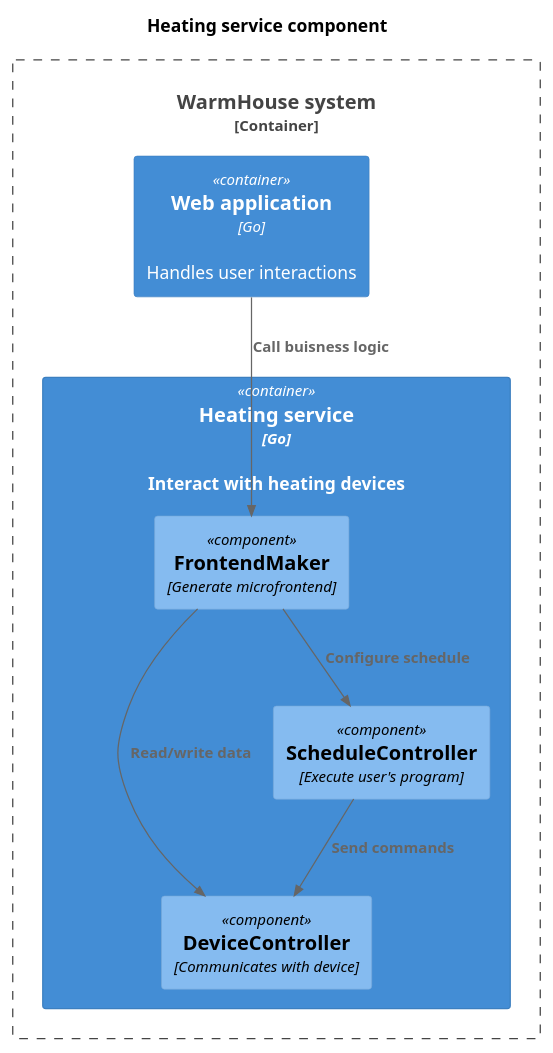
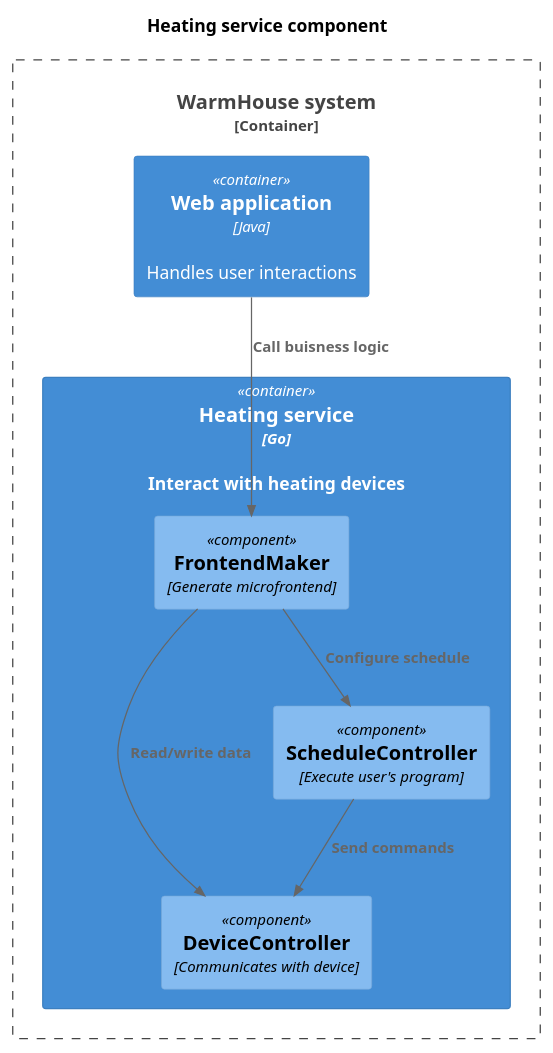
The diagram in diagrams/component/c4_heating_service.puml (mikhel1984/architecture-warmhouse), drawn with PlantUML before and after one commit. The commit also changed 6 other files, not shown here.

Commit message:
Update schemas

```diff
--- a/diagrams/component/c4_heating_service.puml
+++ b/diagrams/component/c4_heating_service.puml
@@ -1,25 +1,25 @@
 @startuml WarmHouse_component_heating
 
 title Heating service component
 
 top to bottom direction
 
 !includeurl https://raw.githubusercontent.com/RicardoNiepel/C4-PlantUML/master/C4_Component.puml
 
 Container_Boundary(WarmHouseSystem, "WarmHouse system") {
-    Container(WebApp, "Web application", "Go", "Handles user interactions")
+    Container(WebApp, "Web application", "Java", "Handles user interactions")
     Container(TemperatureService, "Heating service", "Go", "Interact with heating devices")
 }
 
 Container(TemperatureService, "Heating service", "Go") {
     Component(FrontMaker, "FrontendMaker", "Generate microfrontend")
     Component(DeviceController, "DeviceController", "Communicates with device")
     Component(ScheduleController, "ScheduleController", "Execute user's program")
 }
 
 Rel(WebApp, FrontMaker, "Call buisness logic")
 Rel(FrontMaker, DeviceController, "Read/write data")
 Rel(FrontMaker, ScheduleController, "Configure schedule")
 Rel(ScheduleController, DeviceController, "Send commands")
 
 @enduml
```
